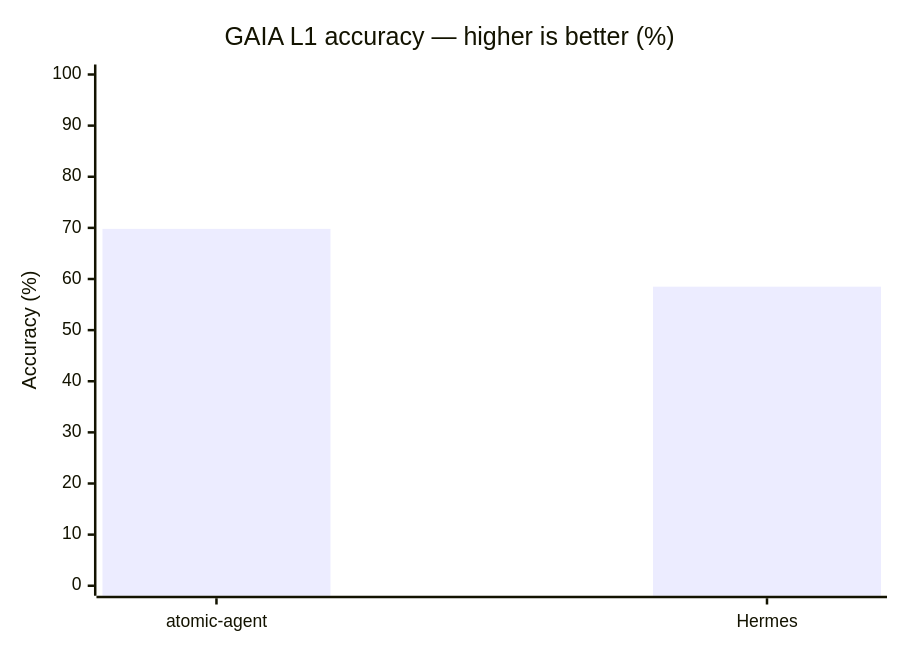
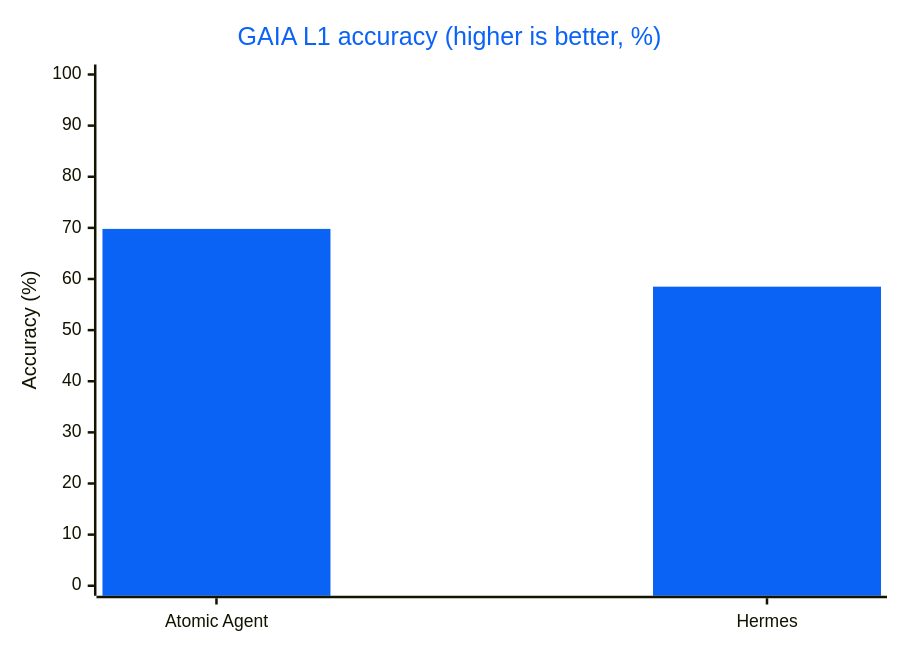
Before and after one commit to AtomicBot-ai/atomic-agent: the first of 3 diagrams in README.md, drawn with Mermaid. The commit also changed other lines of this file, not shown here.

````diff
--- a/README.md
+++ b/README.md
@@ -46,7 +77,8 @@
 ```mermaid
+%%{init: {"themeVariables": {"xyChart": {"backgroundColor": "transparent", "titleColor": "#0b63f6", "plotColorPalette": "#0b63f6"}}}}%%
 xychart-beta
-    title "GAIA L1 accuracy — higher is better (%)"
-    x-axis ["atomic-agent", "Hermes"]
+    title "GAIA L1 accuracy (higher is better, %)"
+    x-axis ["Atomic Agent", "Hermes"]
     y-axis "Accuracy (%)" 0 --> 100
     bar [69.8, 58.5]
 ```
````
